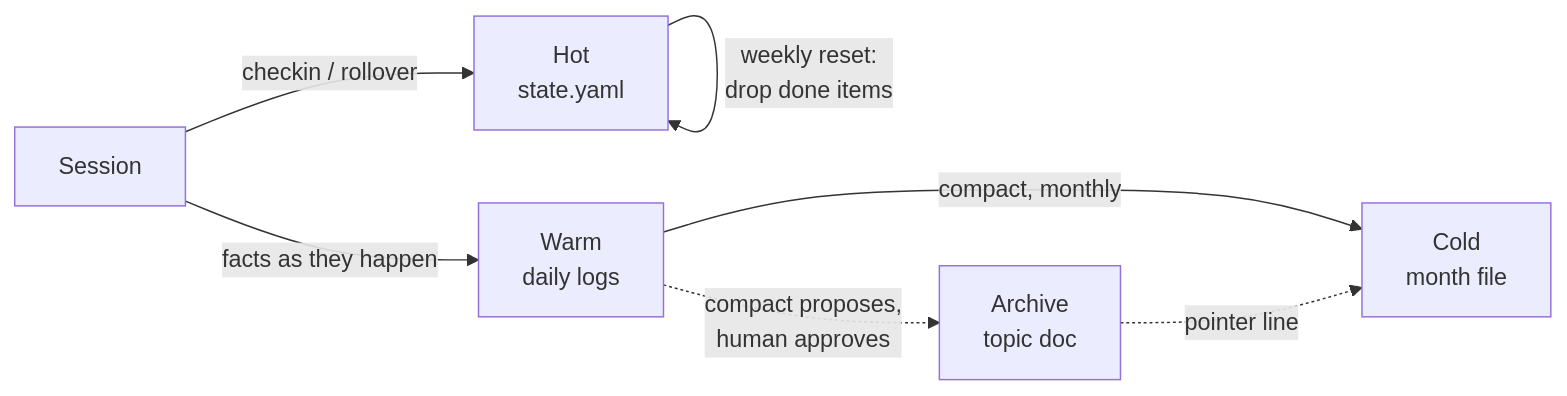
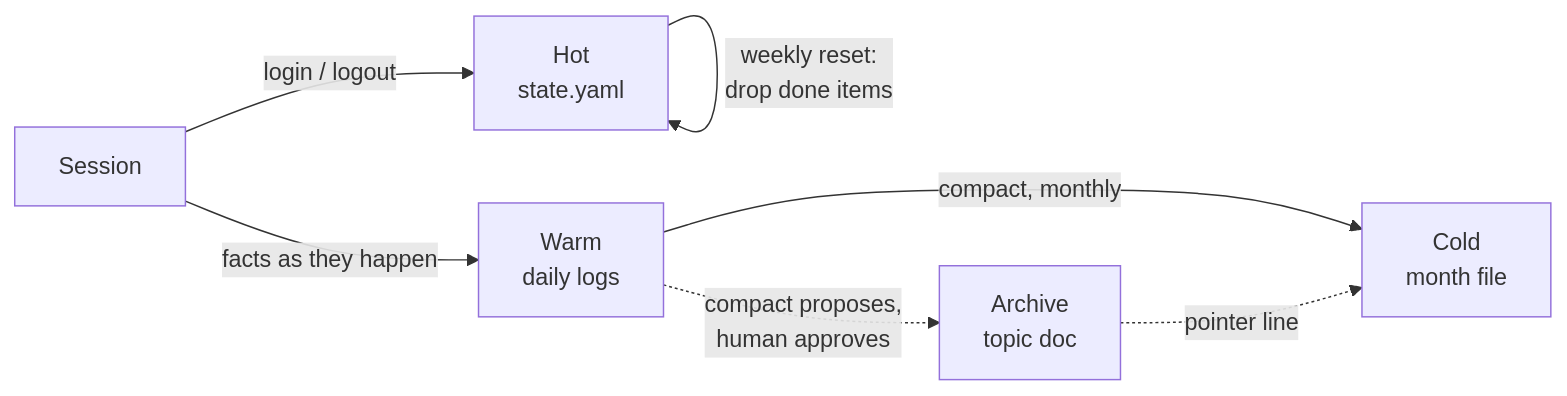
Before and after one commit to JeannieFallon/overwatch: the diagram in docs/memory-model.md, drawn with Mermaid. The commit also changed other lines of this file and 6 other files, not shown here.

Commit message:
rename checkin to login, rollover to logout

````diff
--- a/docs/memory-model.md
+++ b/docs/memory-model.md
@@ -97,9 +97,9 @@
 ```mermaid
 flowchart LR
-    S[Session] -->|checkin / rollover| H[Hot<br/>state.yaml]
+    S[Session] -->|login / logout| H[Hot<br/>state.yaml]
     S -->|facts as they happen| W[Warm<br/>daily logs]
     H -->|weekly reset:<br/>drop done items| H
     W -->|compact, monthly| C[Cold<br/>month file]
     W -.->|compact proposes,<br/>human approves| A[Archive<br/>topic doc]
     A -.->|pointer line| C
 ```
````
